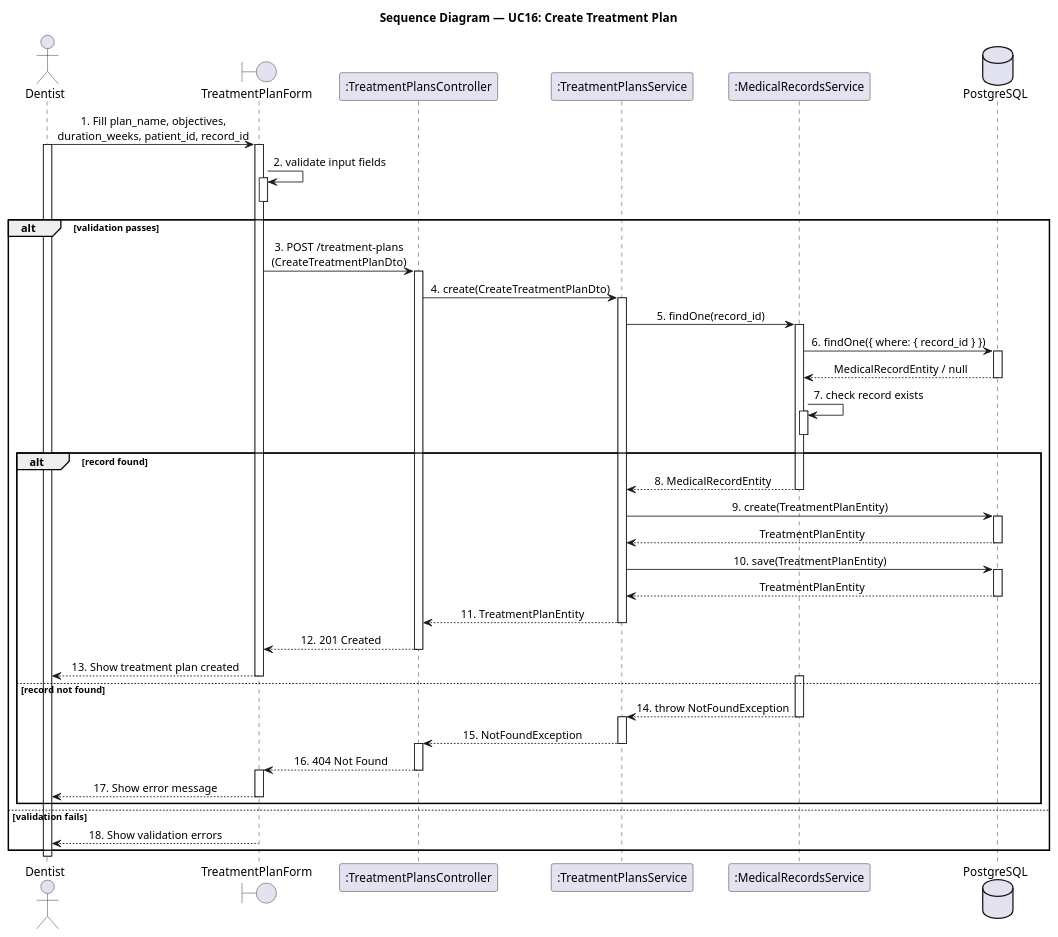
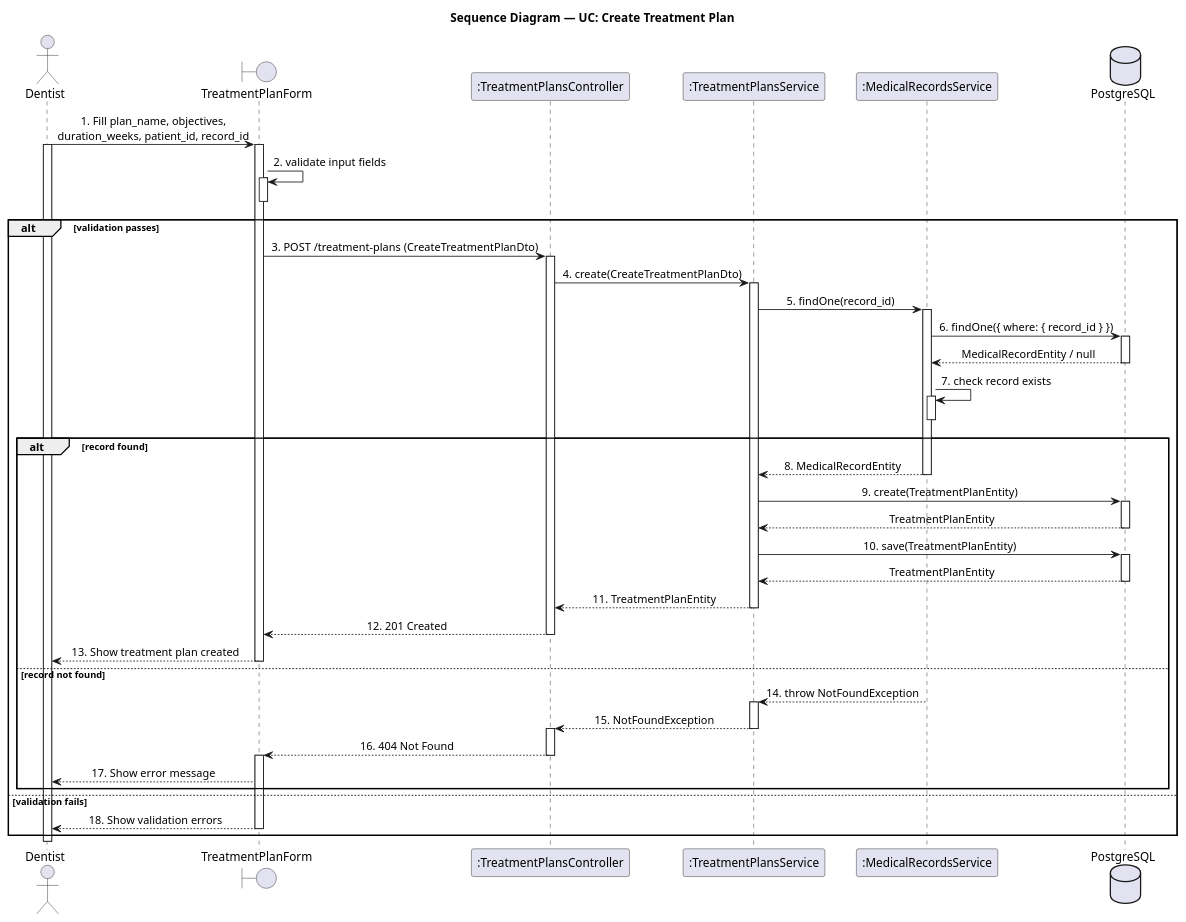
Before and after one commit to LTPPPP/Smart-Medical-Intelligent-Ledger-for-E-health-S.M.I.L.E-: the diagram in docs/sequence-diagram/UC16_CreateTreatmentPlan.puml, drawn with PlantUML. The commit also changed 19 other files, not shown here.

```diff
--- a/docs/sequence-diagram/UC16_CreateTreatmentPlan.puml
+++ b/docs/sequence-diagram/UC16_CreateTreatmentPlan.puml
@@ -1,85 +1,80 @@
 @startuml SequenceDiagram
 skinparam shadowing false
 skinparam sequenceMessageAlign center
 
-title Sequence Diagram — UC16: Create Treatment Plan
+title Sequence Diagram — UC: Create Treatment Plan
 
 actor "Dentist" as user
 boundary "TreatmentPlanForm" as form
 participant ":TreatmentPlansController" as ctrl
 participant ":TreatmentPlansService" as svc
 participant ":MedicalRecordsService" as recSvc
 database "PostgreSQL" as db
 
 user -> form : 1. Fill plan_name, objectives,\nduration_weeks, patient_id, record_id
 activate user
 activate form
 
 form -> form : 2. validate input fields
 activate form
 deactivate form
 alt validation passes
-  form -> ctrl : 3. POST /treatment-plans\n(CreateTreatmentPlanDto)
+  form -> ctrl : 3. POST /treatment-plans (CreateTreatmentPlanDto)
   activate ctrl
 
   ctrl -> svc : 4. create(CreateTreatmentPlanDto)
   activate svc
 
   svc -> recSvc : 5. findOne(record_id)
   activate recSvc
 
   recSvc -> db : 6. findOne({ where: { record_id } })
   activate db
   db --> recSvc : MedicalRecordEntity / null
   deactivate db
 
   recSvc -> recSvc : 7. check record exists
   activate recSvc
   deactivate recSvc
   alt record found
     recSvc --> svc : 8. MedicalRecordEntity
     deactivate recSvc
 
     svc -> db : 9. create(TreatmentPlanEntity)
     activate db
     db --> svc : TreatmentPlanEntity
     deactivate db
 
     svc -> db : 10. save(TreatmentPlanEntity)
     activate db
     db --> svc : TreatmentPlanEntity
     deactivate db
 
     svc --> ctrl : 11. TreatmentPlanEntity
     deactivate svc
 
     ctrl --> form : 12. 201 Created
     deactivate ctrl
 
     form --> user : 13. Show treatment plan created
     deactivate form
   else record not found
-    activate recSvc
     recSvc --> svc : 14. throw NotFoundException
     deactivate recSvc
     activate svc
-
     svc --> ctrl : 15. NotFoundException
     deactivate svc
     activate ctrl
-
     ctrl --> form : 16. 404 Not Found
     deactivate ctrl
     activate form
-
     form --> user : 17. Show error message
-    deactivate form
   end
 else validation fails
   form --> user : 18. Show validation errors
   deactivate form
 end
 
 deactivate user
 
 @enduml
```
